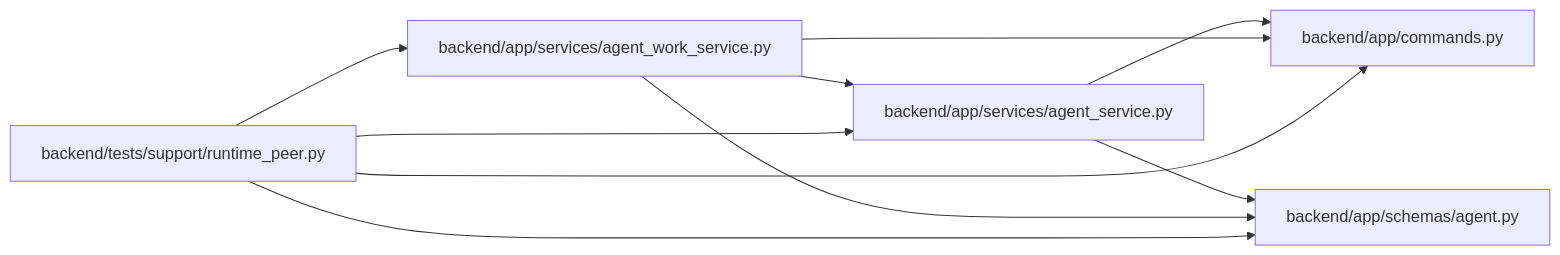
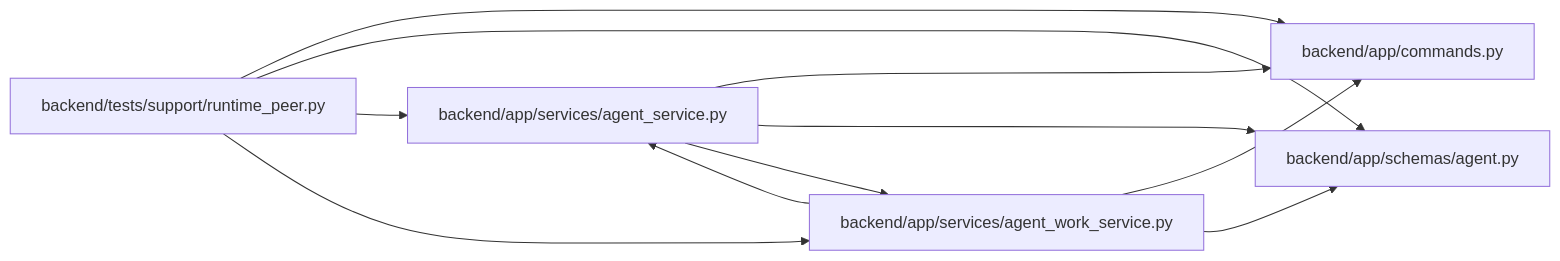
One commit to Denissvgn/WorkChord changed the diagram in docs/llm_wiki/modules/runtime_peer.md. Above: the diagram before and after it, drawn with Mermaid. The commit also changed 25171 other files, not shown here.

````diff
--- a/docs/llm_wiki/modules/runtime_peer.md
+++ b/docs/llm_wiki/modules/runtime_peer.md
@@ -29,22 +29,23 @@
 ```mermaid
 flowchart LR
     n0["backend/app/commands.py"]
     n1["backend/app/schemas/agent.py"]
     n2["backend/app/services/agent_service.py"]
     n3["backend/app/services/agent_work_service.py"]
     n4["backend/tests/support/runtime_peer.py"]
     n2 --> n0
     n2 --> n1
+    n2 --> n3
     n3 --> n0
     n3 --> n1
     n3 --> n2
     n4 --> n0
     n4 --> n1
     n4 --> n2
     n4 --> n3
     click n0 "../modules/commands.md"
     click n1 "../modules/schemas_agent.md"
     click n2 "../modules/agent_service.md"
     click n3 "../modules/agent_work_service.md"
     click n4 "../modules/runtime_peer.md"
 ```
````
